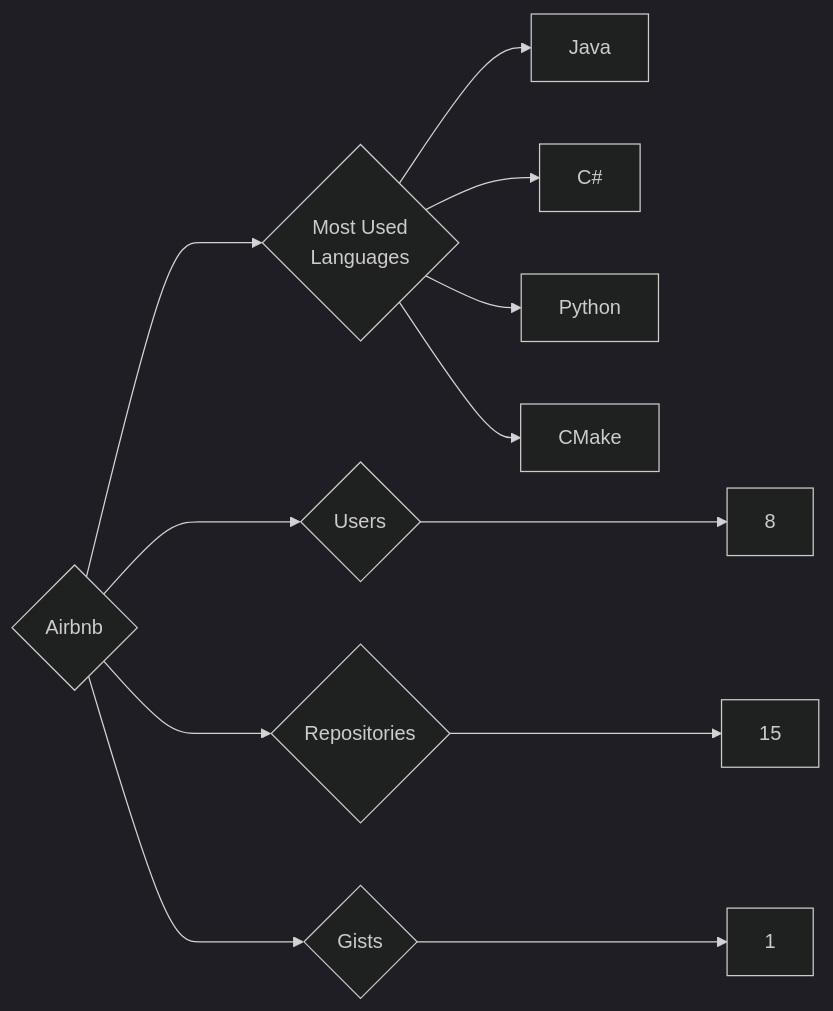
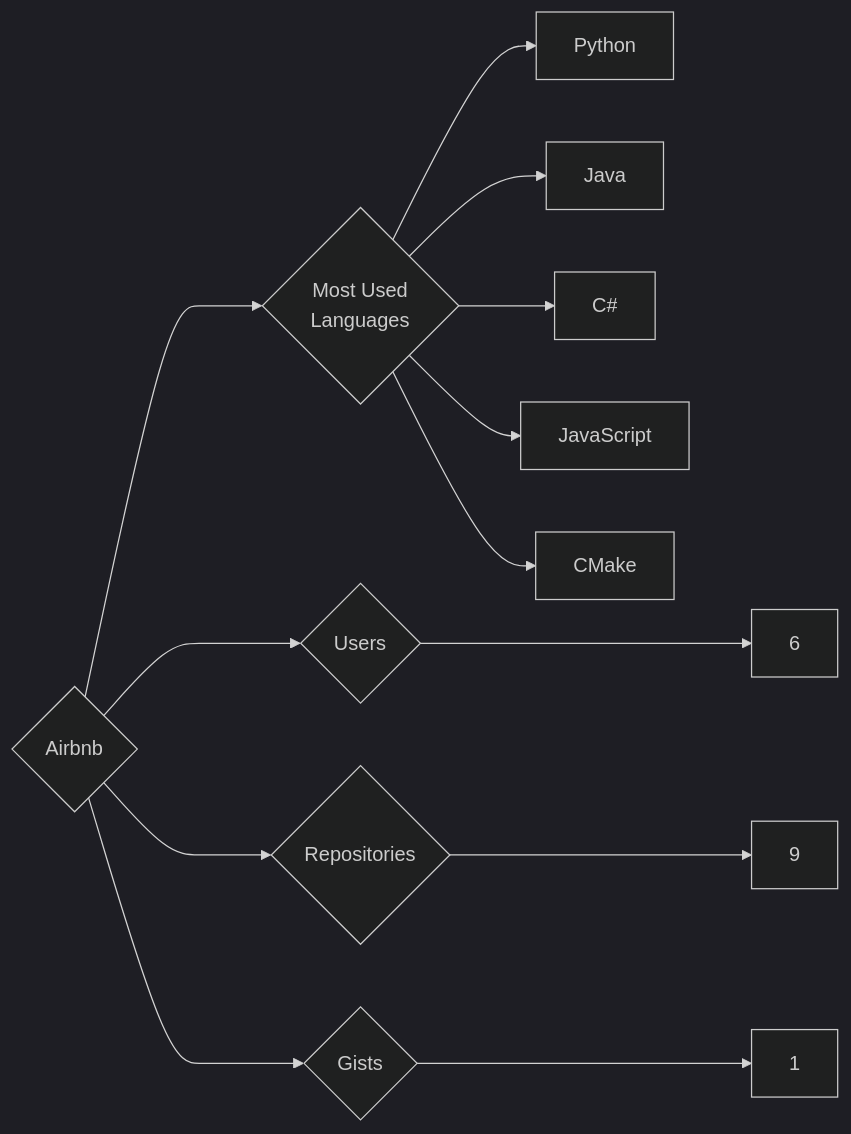
One commit to trickest/insiders changed the diagram in targets/Airbnb/README.md. Above: the diagram before and after it, drawn with Mermaid (dark theme). The commit also changed 1123 other files, not shown here.

````diff
--- a/targets/Airbnb/README.md
+++ b/targets/Airbnb/README.md
@@ -3,12 +3,13 @@
 ```mermaid
 graph LR
 COMPANY_NAME{Airbnb}
-COMPANY_NAME ---> U{Users} ---> UN[8]
-COMPANY_NAME ---> R{Repositories} ---> RN[15]
+COMPANY_NAME ---> U{Users} ---> UN[6]
+COMPANY_NAME ---> R{Repositories} ---> RN[9]
 COMPANY_NAME ---> G{Gists} ---> GN[1]
 COMPANY_NAME ---> ML{Most Used<br>Languages}
+ML --> Python[Python]
 ML --> Java[Java]
 ML --> C#[C#]
-ML --> Python[Python]
+ML --> JavaScript[JavaScript]
 ML --> CMake[CMake]
 ```
````
